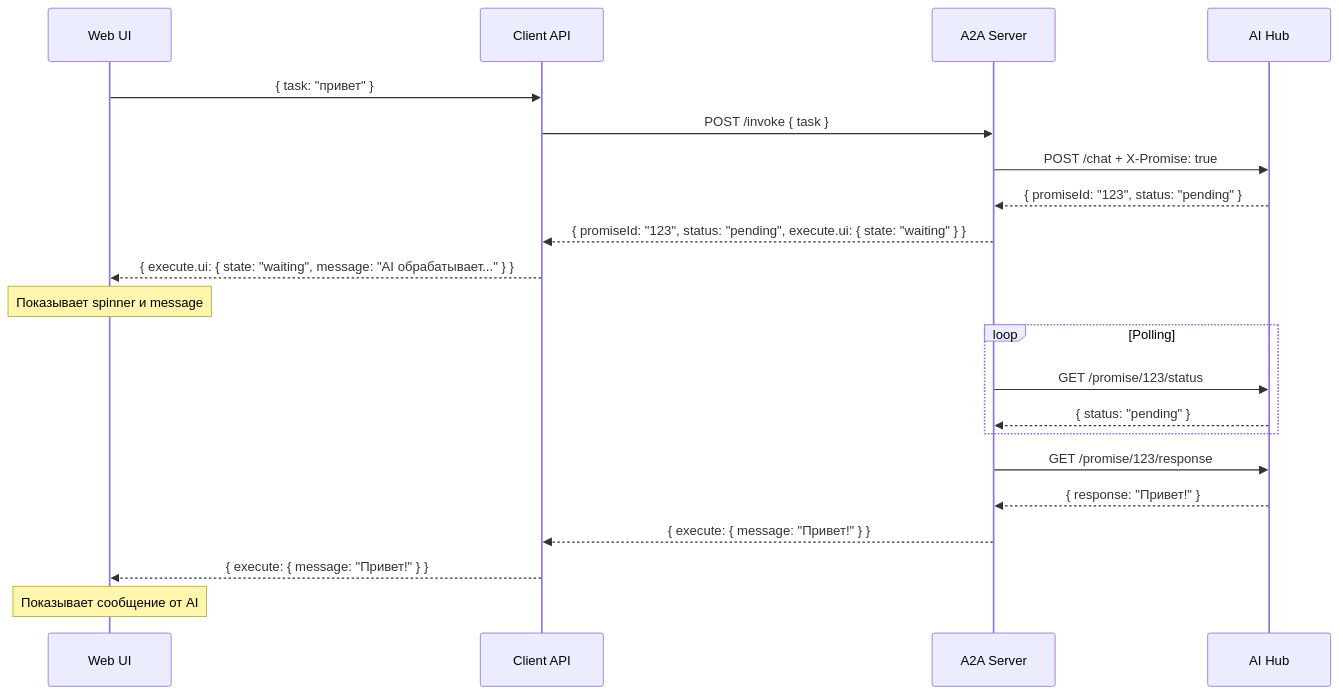
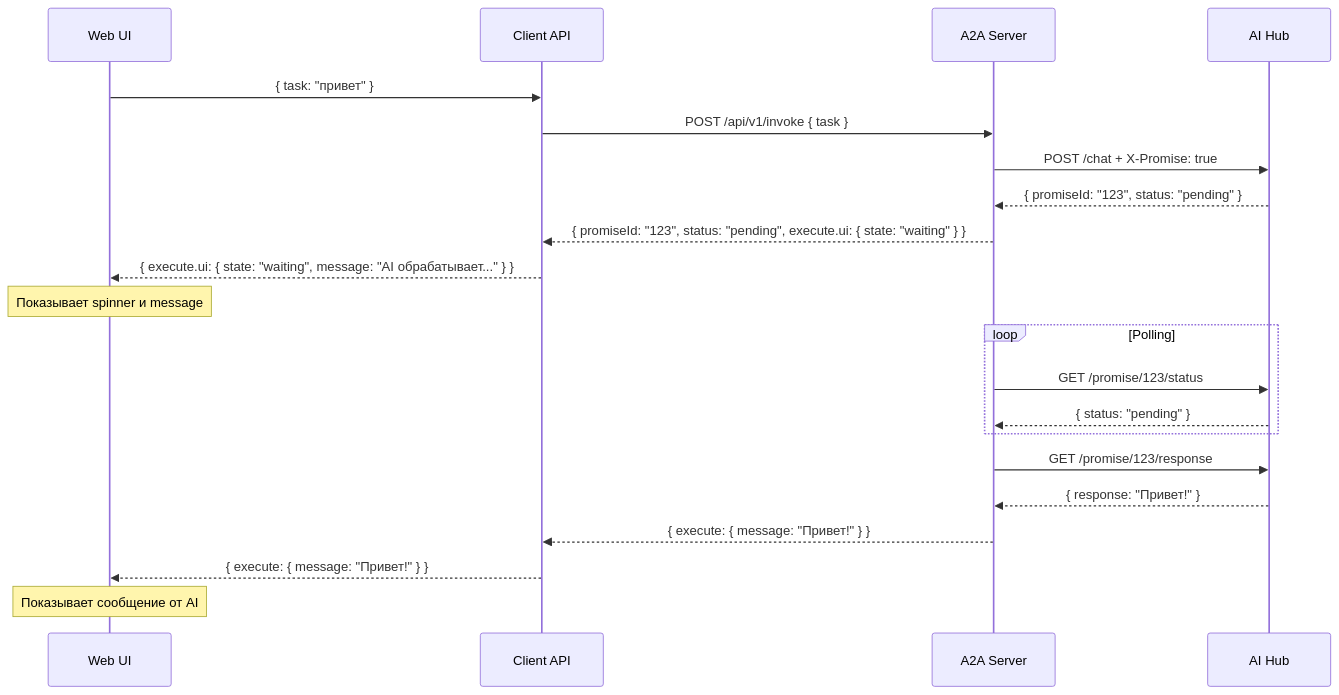
Before and after one commit to donkeyhotshow/a2a-script-agent-autonomy: the diagram in docs/new-request-flow/PROTOCOLS/STAGES/simulations/PROMISE-WAITING.md, drawn with Mermaid. The commit also changed 86 other files, not shown here.

````diff
--- a/docs/new-request-flow/PROTOCOLS/STAGES/simulations/PROMISE-WAITING.md
+++ b/docs/new-request-flow/PROTOCOLS/STAGES/simulations/PROMISE-WAITING.md
@@ -136,31 +136,31 @@
 ```mermaid
 sequenceDiagram
     participant W as Web UI
     participant C as Client API
     participant S as A2A Server
     participant H as AI Hub
     
     W->>C: { task: "привет" }
-    C->>S: POST /invoke { task }
+    C->>S: POST /api/v1/invoke { task }
     
     S->>H: POST /chat + X-Promise: true
     H-->>S: { promiseId: "123", status: "pending" }
     
     S-->>C: { promiseId: "123", status: "pending", execute.ui: { state: "waiting" } }
     C-->>W: { execute.ui: { state: "waiting", message: "AI обрабатывает..." } }
     
     Note over W: Показывает spinner и message
     
     loop Polling
         S->>H: GET /promise/123/status
         H-->>S: { status: "pending" }
     end
     
     S->>H: GET /promise/123/response
     H-->>S: { response: "Привет!" }
     
     S-->>C: { execute: { message: "Привет!" } }
     C-->>W: { execute: { message: "Привет!" } }
     
     Note over W: Показывает сообщение от AI
 ```
````
